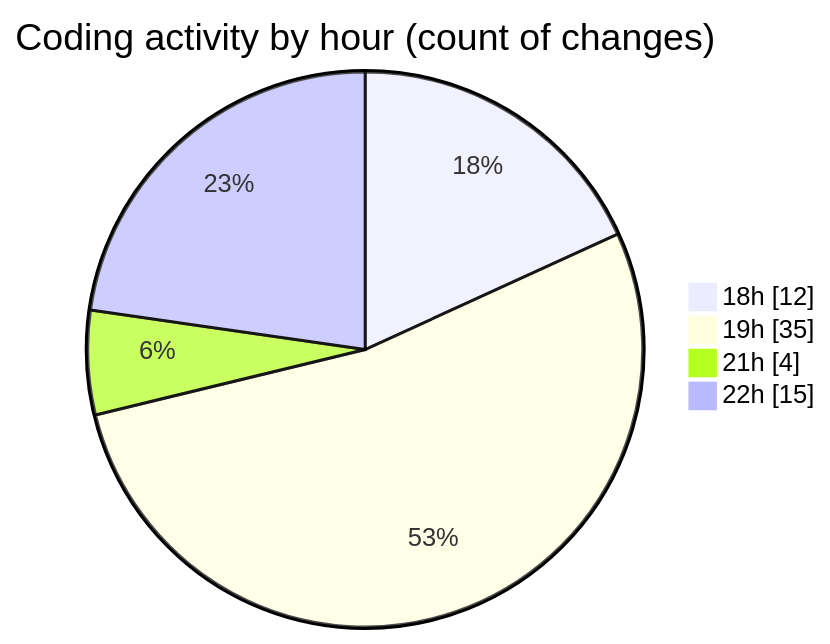
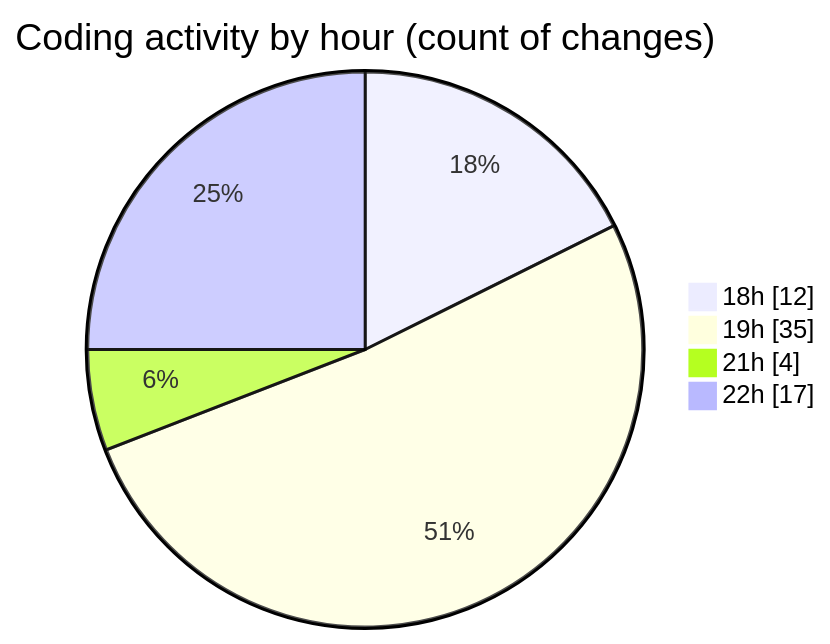
The second of 2 diagrams in 2025-05-15/laala_boost/README.md (Elitesun/code-tracking), drawn with Mermaid before and after one commit. The commit also changed other lines of this file and 1 other file, not shown here.

````diff
--- a/2025-05-15/laala_boost/README.md
+++ b/2025-05-15/laala_boost/README.md
@@ -50,8 +50,8 @@
 ```mermaid
 pie showData
 title Coding activity by hour (count of changes)
 "18h" : 12
 "19h" : 35
 "21h" : 4
-"22h" : 15
+"22h" : 17
 ```
````
